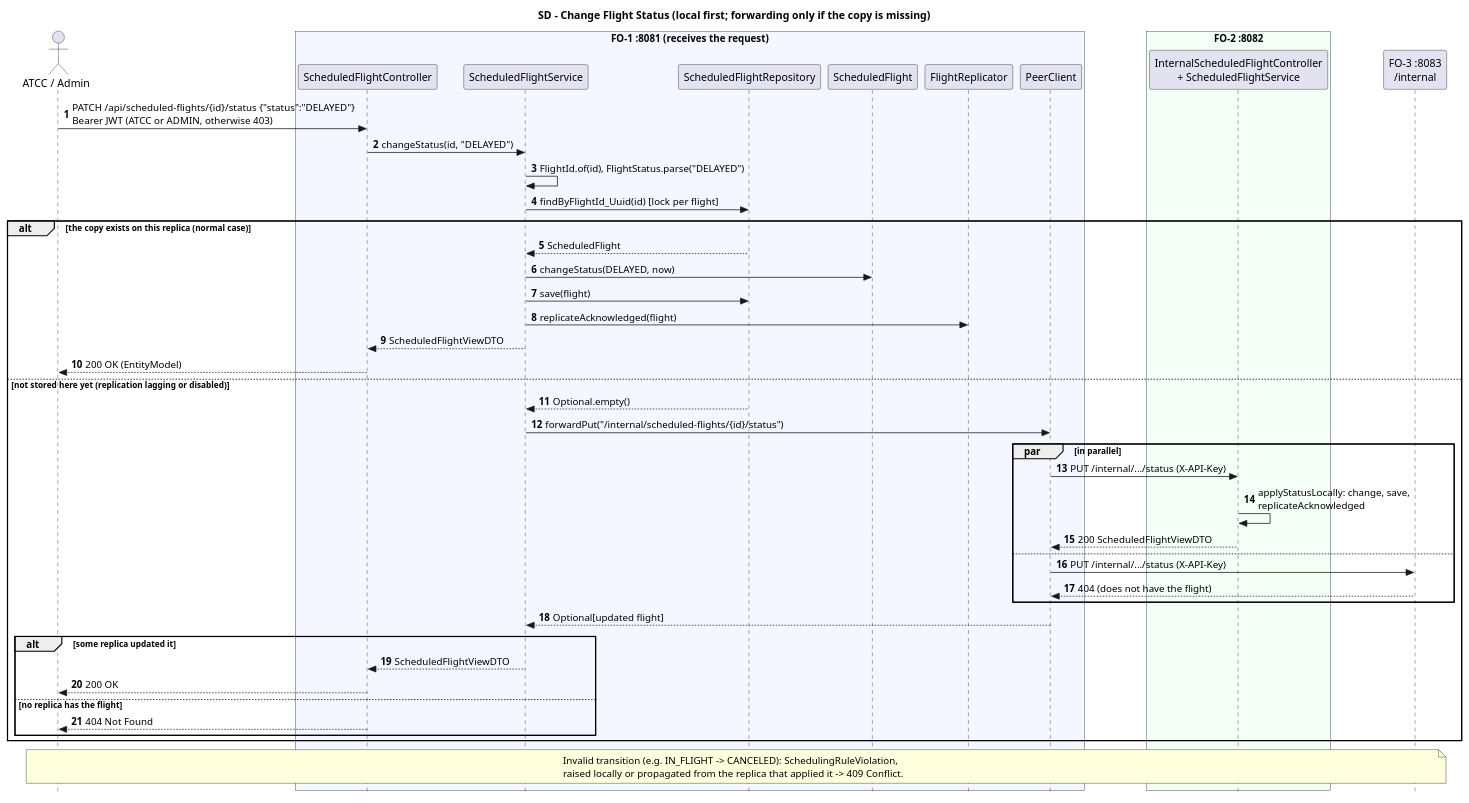
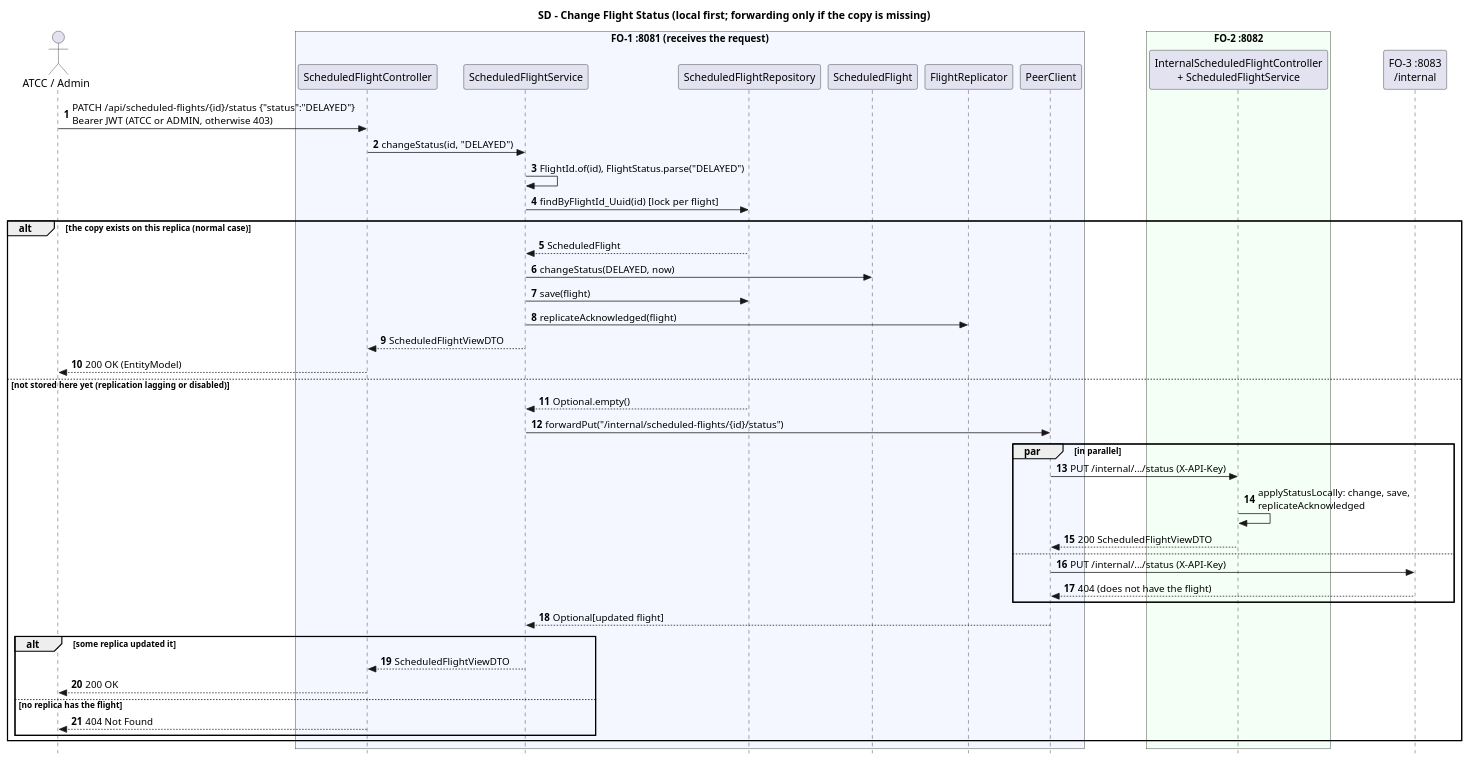
Before and after one commit to anamartasilvaa/SIDIG_AI_Safe: the diagram in Services/Flighting Operations/docs/sd-change-flight-status.puml, drawn with PlantUML. The commit also changed 27 other files, not shown here.

Commit message:
documentação e diagramas atualizados

```diff
--- a/Services/Flighting Operations/docs/sd-change-flight-status.puml
+++ b/Services/Flighting Operations/docs/sd-change-flight-status.puml
@@ -1,56 +1,52 @@
 @startuml sd-change-flight-status
 skinparam style strictuml
 autonumber
 title SD - Change Flight Status (local first; forwarding only if the copy is missing)
 
 actor "ATCC / Admin" as User
 box "FO-1 :8081 (receives the request)" #F4F7FF
 participant "ScheduledFlightController" as Ctrl
 participant "ScheduledFlightService" as Svc
 participant "ScheduledFlightRepository" as Repo
 participant "ScheduledFlight" as Flight
 participant "FlightReplicator" as Rep
 participant "PeerClient" as Peers
 end box
 box "FO-2 :8082" #F4FFF6
 participant "InternalScheduledFlightController\n+ ScheduledFlightService" as FO2
 end box
 participant "FO-3 :8083\n/internal" as FO3
 
 User -> Ctrl : PATCH /api/scheduled-flights/{id}/status {"status":"DELAYED"}\nBearer JWT (ATCC or ADMIN, otherwise 403)
 Ctrl -> Svc : changeStatus(id, "DELAYED")
 Svc -> Svc : FlightId.of(id), FlightStatus.parse("DELAYED")
 Svc -> Repo : findByFlightId_Uuid(id)  [lock per flight]
 
 alt the copy exists on this replica (normal case)
   Repo --> Svc : ScheduledFlight
   Svc -> Flight : changeStatus(DELAYED, now)
   Svc -> Repo : save(flight)
   Svc -> Rep : replicateAcknowledged(flight)
   Svc --> Ctrl : ScheduledFlightViewDTO
   Ctrl --> User : 200 OK (EntityModel)
 else not stored here yet (replication lagging or disabled)
   Repo --> Svc : Optional.empty()
   Svc -> Peers : forwardPut("/internal/scheduled-flights/{id}/status")
   par in parallel
     Peers -> FO2 : PUT /internal/.../status (X-API-Key)
     FO2 -> FO2 : applyStatusLocally: change, save,\nreplicateAcknowledged
     FO2 --> Peers : 200 ScheduledFlightViewDTO
   else
     Peers -> FO3 : PUT /internal/.../status (X-API-Key)
     FO3 --> Peers : 404 (does not have the flight)
   end
   Peers --> Svc : Optional[updated flight]
   alt some replica updated it
     Svc --> Ctrl : ScheduledFlightViewDTO
     Ctrl --> User : 200 OK
   else no replica has the flight
     Ctrl --> User : 404 Not Found
   end
 end
 
-note over User, FO3
-  Invalid transition (e.g. IN_FLIGHT -> CANCELED): SchedulingRuleViolation,
-  raised locally or propagated from the replica that applied it -> 409 Conflict.
-end note
 @enduml
```
